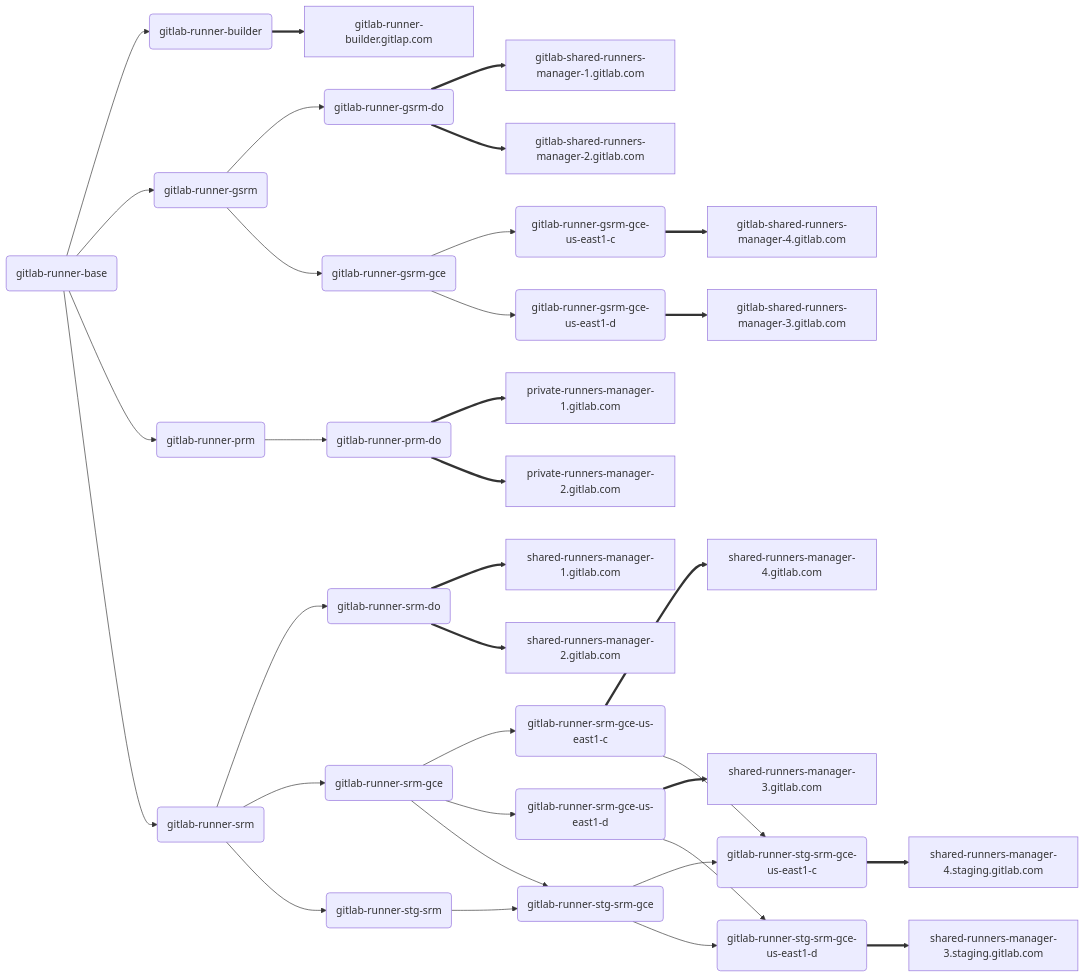
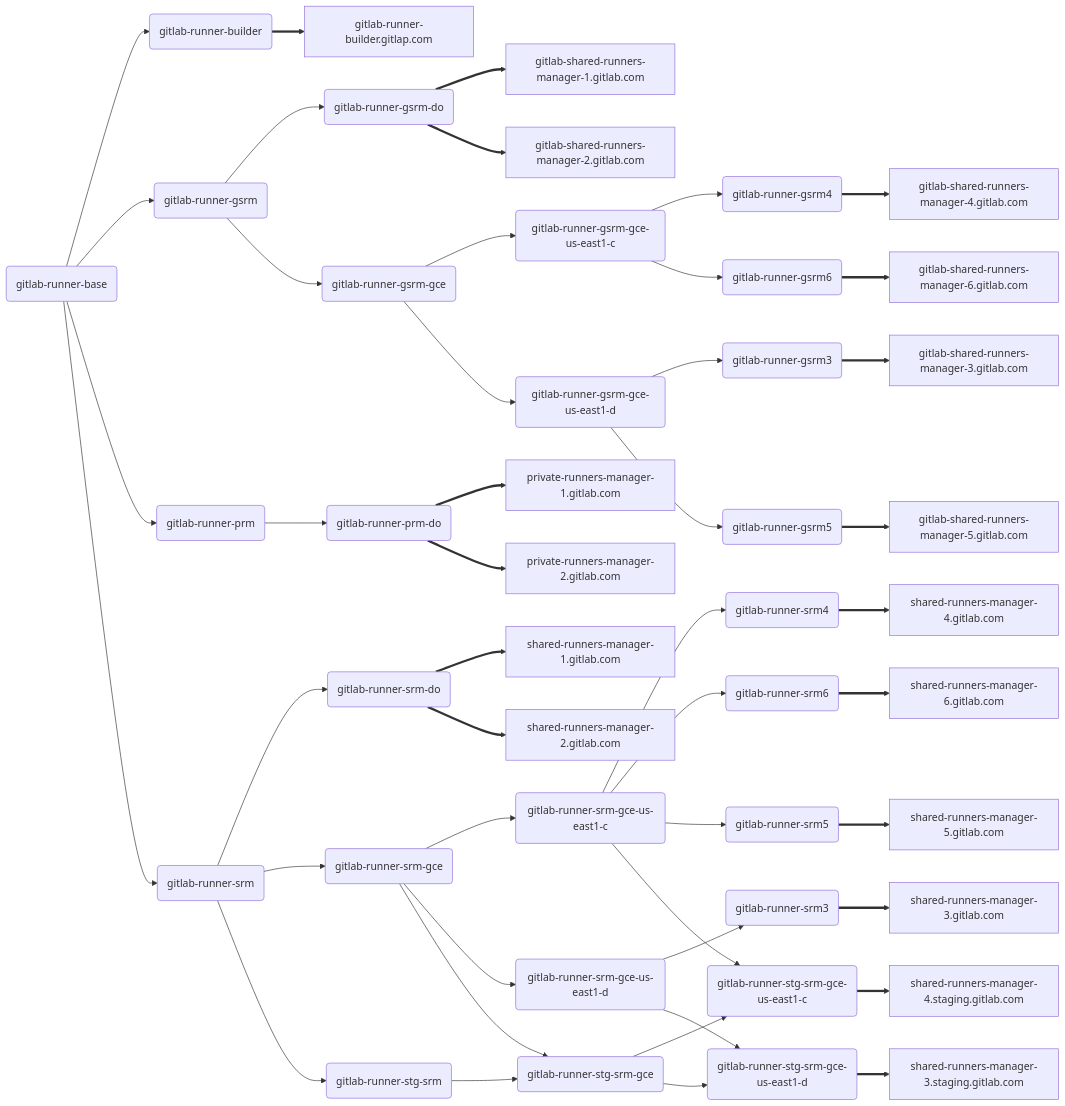
The diagram in howto/update-gitlab-runner-on-managers.md (mattrussi/gitlab-com-runbooks), drawn with Mermaid before and after one commit.

Commit message:
Add new SRM and GSRM roles and nodes

```diff
--- a/howto/update-gitlab-runner-on-managers.md
+++ b/howto/update-gitlab-runner-on-managers.md
@@ -13,7 +13,11 @@
     r::gsrm-do(gitlab-runner-gsrm-do)
     r::gsrm-gce(gitlab-runner-gsrm-gce)
     r::gsrm-gce-us-east1-c(gitlab-runner-gsrm-gce-us-east1-c)
+    r::gsrm3(gitlab-runner-gsrm3)
+    r::gsrm5(gitlab-runner-gsrm5)
     r::gsrm-gce-us-east1-d(gitlab-runner-gsrm-gce-us-east1-d)
+    r::gsrm4(gitlab-runner-gsrm4)
+    r::gsrm6(gitlab-runner-gsrm6)
 
     r::prm(gitlab-runner-prm)
     r::prm-do(gitlab-runner-prm-do)
@@ -22,7 +26,11 @@
     r::srm-do(gitlab-runner-srm-do)
     r::srm-gce(gitlab-runner-srm-gce)
     r::srm-gce-us-east1-c(gitlab-runner-srm-gce-us-east1-c)
+    r::srm3(gitlab-runner-srm3)
+    r::srm5(gitlab-runner-srm5)
     r::srm-gce-us-east1-d(gitlab-runner-srm-gce-us-east1-d)
+    r::srm4(gitlab-runner-srm4)
+    r::srm6(gitlab-runner-srm6)
 
     r::stg-srm(gitlab-runner-stg-srm)
     r::stg-srm-gce(gitlab-runner-stg-srm-gce)
@@ -35,6 +43,8 @@
     n::gsrm2[gitlab-shared-runners-manager-2.gitlab.com]
     n::gsrm3[gitlab-shared-runners-manager-3.gitlab.com]
     n::gsrm4[gitlab-shared-runners-manager-4.gitlab.com]
+    n::gsrm5[gitlab-shared-runners-manager-5.gitlab.com]
+    n::gsrm6[gitlab-shared-runners-manager-6.gitlab.com]
 
     n::prm1[private-runners-manager-1.gitlab.com]
     n::prm2[private-runners-manager-2.gitlab.com]
@@ -43,6 +53,8 @@
     n::srm2[shared-runners-manager-2.gitlab.com]
     n::srm3[shared-runners-manager-3.gitlab.com]
     n::srm4[shared-runners-manager-4.gitlab.com]
+    n::srm5[shared-runners-manager-5.gitlab.com]
+    n::srm6[shared-runners-manager-6.gitlab.com]
 
     n::srm3::stg[shared-runners-manager-3.staging.gitlab.com]
     n::srm4::stg[shared-runners-manager-4.staging.gitlab.com]
@@ -56,9 +68,15 @@
     r::gsrm-do ==> n::gsrm2
     r::gsrm --> r::gsrm-gce
     r::gsrm-gce --> r::gsrm-gce-us-east1-c
-    r::gsrm-gce-us-east1-c ==> n::gsrm4
+    r::gsrm-gce-us-east1-c --> r::gsrm4
+    r::gsrm4 ==> n::gsrm4
+    r::gsrm-gce-us-east1-c --> r::gsrm6
+    r::gsrm6 ==> n::gsrm6
     r::gsrm-gce --> r::gsrm-gce-us-east1-d
-    r::gsrm-gce-us-east1-d ==> n::gsrm3
+    r::gsrm-gce-us-east1-d --> r::gsrm3
+    r::gsrm3 ==> n::gsrm3
+    r::gsrm-gce-us-east1-d --> r::gsrm5
+    r::gsrm5 ==> n::gsrm5
 
     r::base --> r::prm
     r::prm --> r::prm-do
@@ -71,9 +89,15 @@
     r::srm-do ==> n::srm2
     r::srm --> r::srm-gce
     r::srm-gce --> r::srm-gce-us-east1-c
-    r::srm-gce-us-east1-c ==> n::srm4
+    r::srm-gce-us-east1-c --> r::srm4
+    r::srm4 ==> n::srm4
+    r::srm-gce-us-east1-c --> r::srm6
+    r::srm6 ==> n::srm6
     r::srm-gce --> r::srm-gce-us-east1-d
-    r::srm-gce-us-east1-d ==> n::srm3
+    r::srm-gce-us-east1-d --> r::srm3
+    r::srm3 ==> n::srm3
+    r::srm-gce-us-east1-c --> r::srm5
+    r::srm5 ==> n::srm5
 
     r::srm --> r::stg-srm
     r::srm-gce --> r::stg-srm-gce
```
